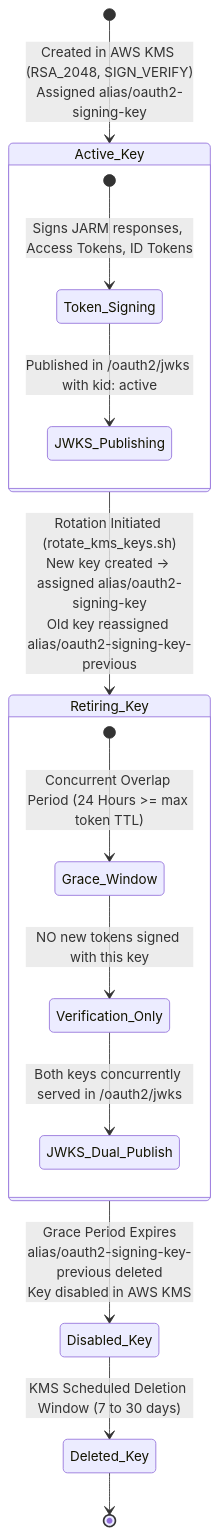
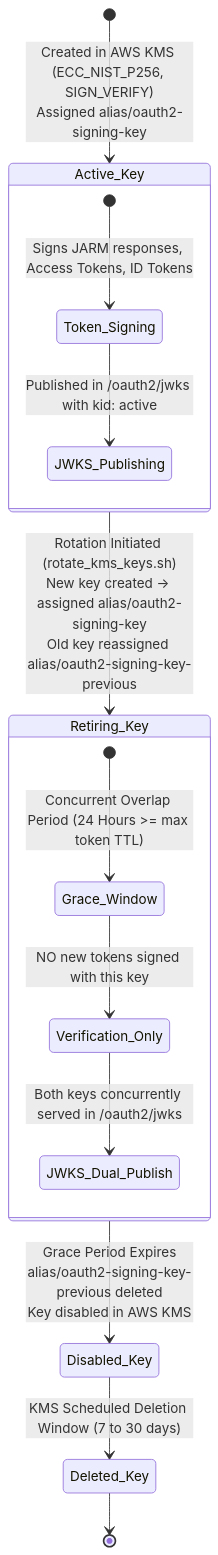
The fifth of 7 diagrams in README.md (shoeyn/oauth-server), drawn with Mermaid before and after one commit. The commit also changed other lines of this file and 48 other files, not shown here.

````diff
--- a/README.md
+++ b/README.md
@@ -290,22 +524,22 @@
 ```mermaid
 stateDiagram-v2
-    [*] --> Active_Key: Created in AWS KMS (RSA_2048, SIGN_VERIFY)<br/>Assigned alias/oauth2-signing-key
+    [*] --> Active_Key: Created in AWS KMS (ECC_NIST_P256, SIGN_VERIFY)<br/>Assigned alias/oauth2-signing-key
     
     state Active_Key {
         [*] --> Token_Signing: Signs JARM responses, Access Tokens, ID Tokens
         Token_Signing --> JWKS_Publishing: Published in /oauth2/jwks with kid: active
     }
 
     Active_Key --> Retiring_Key: Rotation Initiated (rotate_kms_keys.sh)<br/>New key created -> assigned alias/oauth2-signing-key<br/>Old key reassigned alias/oauth2-signing-key-previous
 
     state Retiring_Key {
         [*] --> Grace_Window: Concurrent Overlap Period (24 Hours >= max token TTL)
         Grace_Window --> Verification_Only: NO new tokens signed with this key
         Verification_Only --> JWKS_Dual_Publish: Both keys concurrently served in /oauth2/jwks
     }
 
     Retiring_Key --> Disabled_Key: Grace Period Expires<br/>alias/oauth2-signing-key-previous deleted<br/>Key disabled in AWS KMS
     
     Disabled_Key --> Deleted_Key: KMS Scheduled Deletion Window (7 to 30 days)
     Deleted_Key --> [*]
 ```
````
